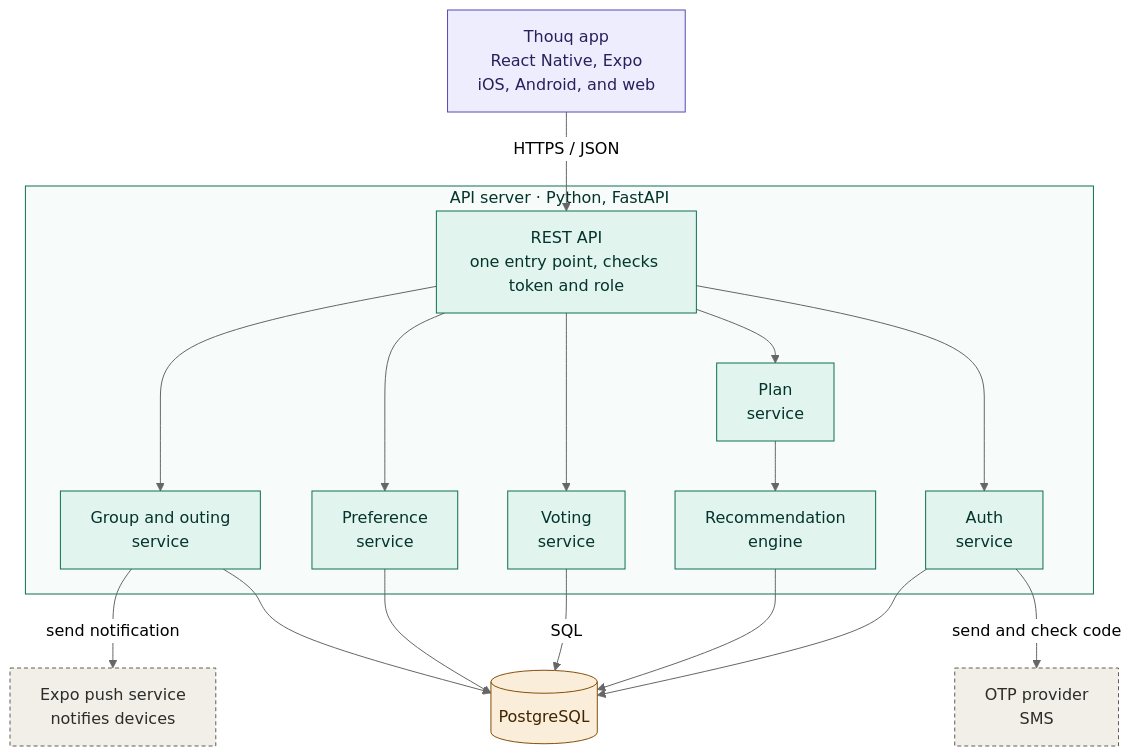
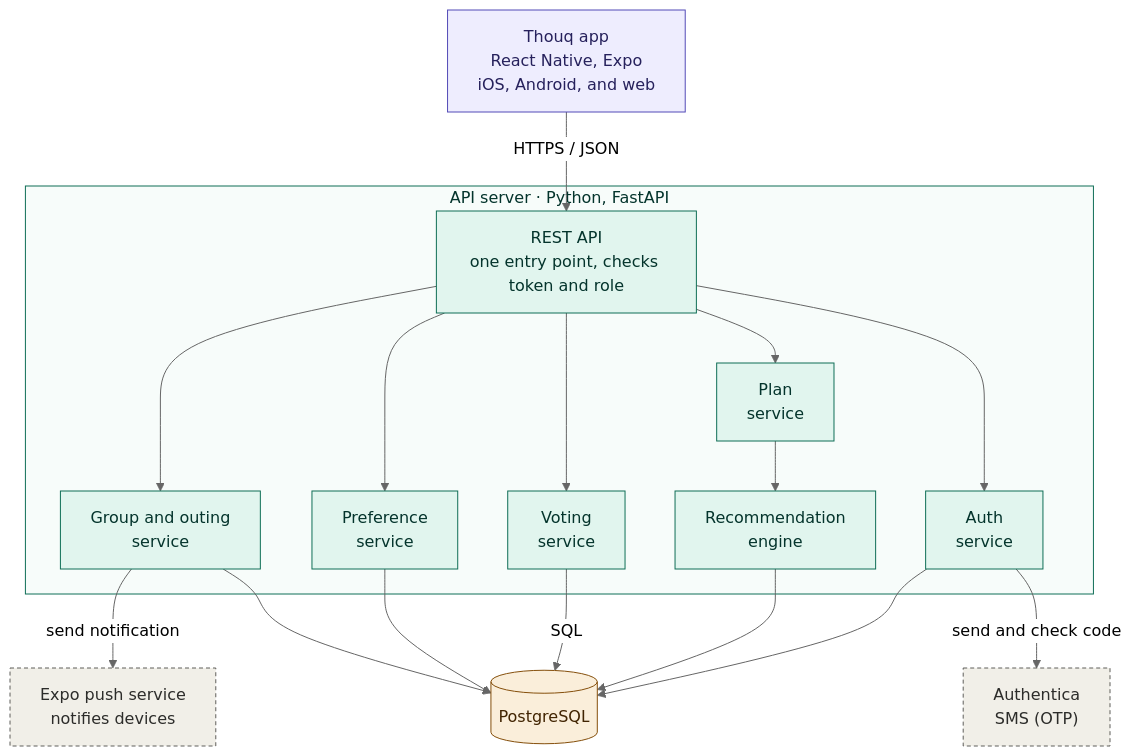
One commit to shathaaa1110-arch/Portfolio-Project changed the first of 11 diagrams in Docs/TechnicalDoc.md. Above: the diagram before and after it, drawn with Mermaid (neutral theme). The commit also changed other lines of this file, not shown here.

Commit message:
OPS-14: Record Authentica as the SMS provider

````diff
--- a/Docs/TechnicalDoc.md
+++ b/Docs/TechnicalDoc.md
@@ -208,44 +208,44 @@
 ```mermaid
 flowchart TB
     App["Thouq app<br/>React Native, Expo<br/>iOS, Android, and web"]
 
     subgraph Server["API server · Python, FastAPI"]
         GW["REST API<br/>one entry point, checks token and role"]
         GRP["Group and outing<br/>service"]
         PREF["Preference<br/>service"]
         VOTE["Voting<br/>service"]
         PLAN["Plan<br/>service"]
         AUTH["Auth<br/>service"]
         REC["Recommendation<br/>engine"]
     end
 
     PUSH["Expo push service<br/>notifies devices"]
     DB[("PostgreSQL")]
-    SMS["OTP provider<br/>SMS"]
+    SMS["Authentica<br/>SMS (OTP)"]
 
     App -->|"HTTPS / JSON"| GW
     GW --> GRP
     GW --> PREF
     GW --> VOTE
     GW --> PLAN
     GW --> AUTH
     PLAN --> REC
     GRP -->|"send notification"| PUSH
     GRP --> DB
     PREF --> DB
     VOTE -->|"SQL"| DB
     REC --> DB
     AUTH --> DB
     AUTH -->|"send and check code"| SMS
 
     classDef client fill:#EEEDFE,stroke:#534AB7,color:#26215C
     classDef service fill:#E1F5EE,stroke:#0F6E56,color:#04342C
     classDef data fill:#FAEEDA,stroke:#854F0B,color:#412402
     classDef external fill:#F1EFE8,stroke:#5F5E5A,color:#2C2C2A,stroke-dasharray: 4 3
 
     class App client
     class GW,GRP,PREF,VOTE,PLAN,AUTH,REC service
     class DB data
     class PUSH,SMS external
     style Server fill:#F7FCFA,stroke:#0F6E56,color:#04342C
 ```
````
